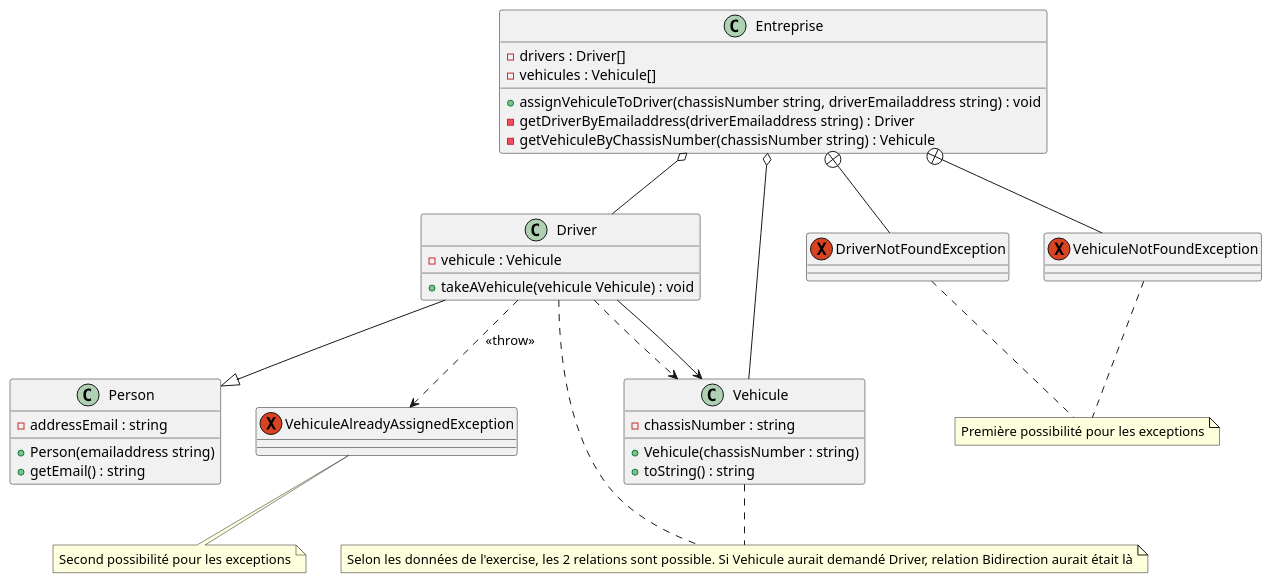
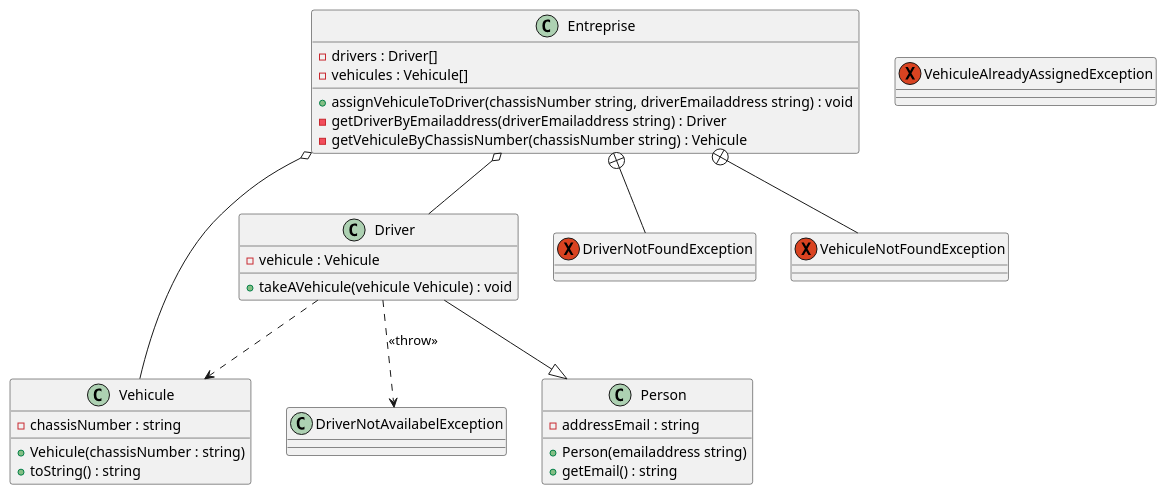
One commit to NathanChauveau/SequenceToCode changed the diagram in docs/diagramClass.wsd. Above: the diagram before and after it, drawn with PlantUML.

Commit message:
chore: clean up the diagram

```diff
--- a/docs/diagramClass.wsd
+++ b/docs/diagramClass.wsd
@@ -1,46 +1,37 @@
 @startuml
 class Entreprise
 class Driver
 class Person
 class Vehicule
 exception DriverNotFoundException 
 exception VehiculeNotFoundException
 exception VehiculeAlreadyAssignedException
 
 Entreprise : -drivers : Driver[]
 Entreprise : -vehicules : Vehicule[]
 Entreprise : +assignVehiculeToDriver(chassisNumber string, driverEmailaddress string) : void
 Entreprise : -getDriverByEmailaddress(driverEmailaddress string) : Driver
 Entreprise : -getVehiculeByChassisNumber(chassisNumber string) : Vehicule
 
 Driver : -vehicule : Vehicule
 Driver : +takeAVehicule(vehicule Vehicule) : void
 
 Person : -addressEmail : string
 Person : +Person(emailaddress string)
 Person : +getEmail() : string
 
 Vehicule : +Vehicule(chassisNumber : string)
 Vehicule : +toString() : string
 Vehicule : -chassisNumber : string 
  
 
 Entreprise o-- Driver
 Entreprise o-- Vehicule
 Driver --|> Person
 Entreprise +-- DriverNotFoundException 
 Entreprise +-- VehiculeNotFoundException 
 Driver ..> Vehicule
-Driver --> Vehicule
-Driver ..> VehiculeAlreadyAssignedException : << throw >> 
+Driver ..> DriverNotAvailabelException : << throw >> 
 
-note "Première possibilité pour les exceptions" as N1
-note "Second possibilité pour les exceptions" as N2
-note "Selon les données de l'exercise, les 2 relations sont possible. Si Vehicule aurait demandé Driver, relation Bidirection aurait était là" as N3
-Driver .. N3
-Vehicule .. N3
-DriverNotFoundException .. N1
-VehiculeNotFoundException .. N1
-VehiculeAlreadyAssignedException .. N2
 
 @enduml
```
